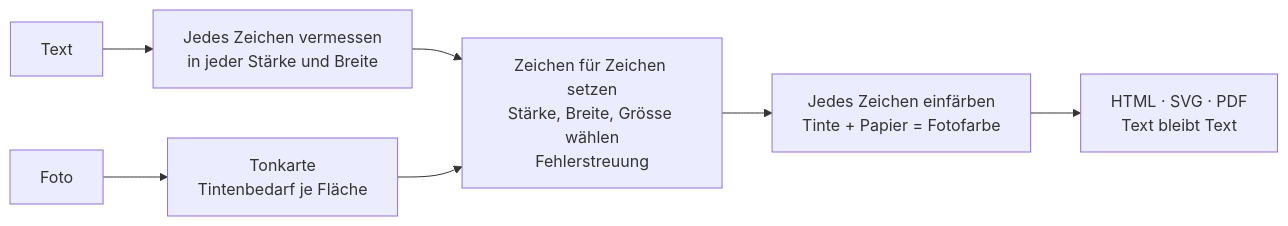
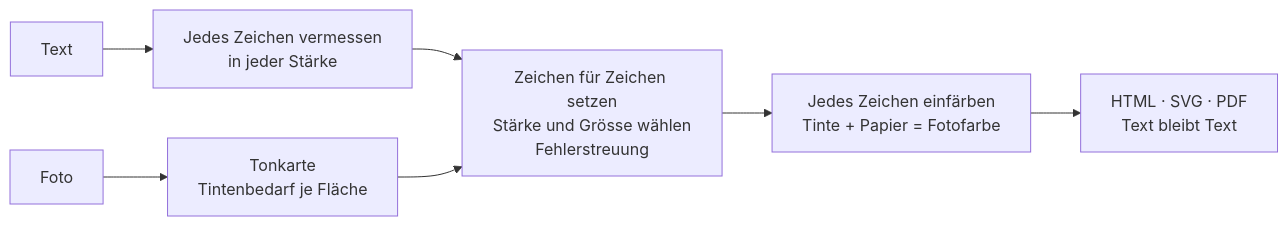
One commit to typographics-art/typogram changed the diagram in README.de.md. Above: the diagram before and after it, drawn with Mermaid. The commit also changed other lines of this file and 1 other file, not shown here.

````diff
--- a/README.de.md
+++ b/README.de.md
@@ -118,9 +125,9 @@
 ```mermaid
 flowchart LR
-  T[Text] --> M[Jedes Zeichen vermessen<br>in jeder Stärke und Breite]
+  T[Text] --> M[Jedes Zeichen vermessen<br>in jeder Stärke]
   P[Foto] --> D[Tonkarte<br>Tintenbedarf je Fläche]
-  M --> S[Zeichen für Zeichen setzen<br>Stärke, Breite, Grösse wählen<br>Fehlerstreuung]
+  M --> S[Zeichen für Zeichen setzen<br>Stärke und Grösse wählen<br>Fehlerstreuung]
   D --> S
   S --> C[Jedes Zeichen einfärben<br>Tinte + Papier = Fotofarbe]
   C --> O[HTML · SVG · PDF<br>Text bleibt Text]
 ```
````
